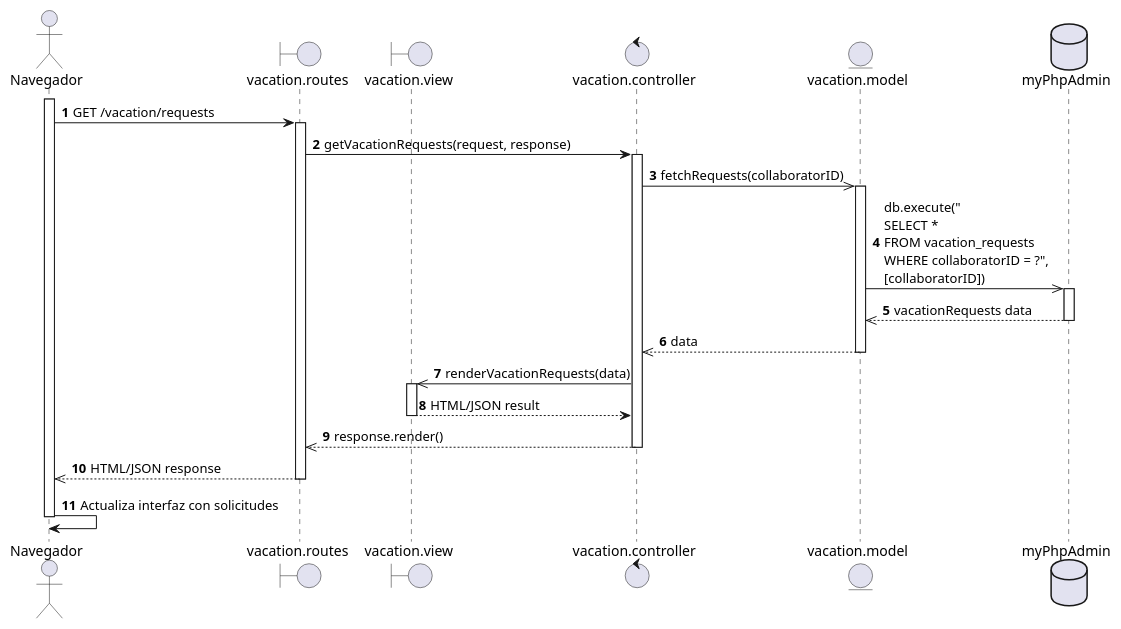
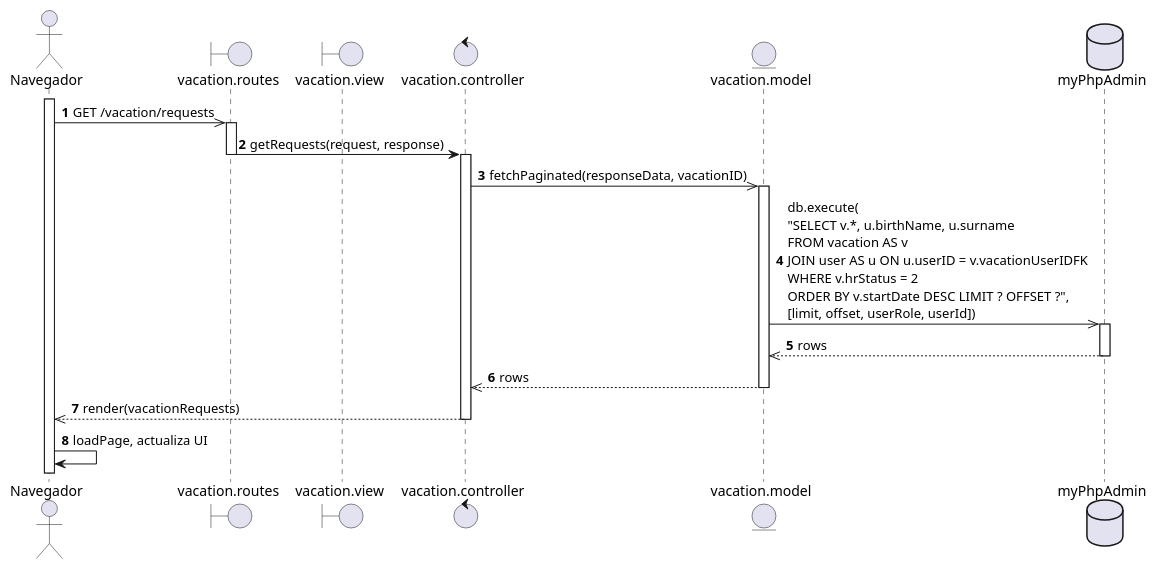
The diagram in diagrams/Casos de Uso/Mauricio/diagrama de secuencia/CU023.puml (EdCanCe/WorkCells), drawn with PlantUML before and after one commit. The commit also changed 4 other files, not shown here.

Commit message:
Updating all diagramas de seucincia

```diff
--- a/diagrams/Casos de Uso/Mauricio/diagrama de secuencia/CU023.puml
+++ b/diagrams/Casos de Uso/Mauricio/diagrama de secuencia/CU023.puml
@@ -1,44 +1,41 @@
 @startuml CU023 - SuperAdmin consulta solicitudes de vacaciones de colaborador - Diagrama de secuencia
 actor Navegador
 boundary "vacation.routes" as Routes
 boundary "vacation.view" as View
 control "vacation.controller" as Controller
 entity "vacation.model" as Model
 database "myPhpAdmin" as DB
 
 autonumber
 
-' El SuperAdmin (HR) inicia la consulta de solicitudes de vacaciones
+' El Navegador envía la petición AJAX para registrar la respuesta a la ausencia
 activate Navegador
-Navegador -> Routes: GET /vacation/requests
+Navegador ->> Routes: GET /vacation/requests
 
 activate Routes
-Routes -> Controller: getVacationRequests(request, response)
+Routes -> Controller: getRequests(request, response)
+deactivate Routes
 activate Controller
 
-' El controlador consulta el modelo para obtener las solicitudes de vacaciones
-Controller ->> Model: fetchRequests(collaboratorID)
+' El controlador invoca al modelo para actualizar la respuesta de la ausencia
+Controller ->> Model: fetchPaginated(responseData, vacationID)
 activate Model
-Model ->> DB: db.execute("\nSELECT * \nFROM vacation_requests \nWHERE collaboratorID = ?", \n[collaboratorID])
+
+' El modelo ejecuta la consulta en la base de datos
+Model ->> DB: db.execute(\n"SELECT v.*, u.birthName, u.surname\nFROM vacation AS v\nJOIN user AS u ON u.userID = v.vacationUserIDFK\nWHERE v.hrStatus = 2\nORDER BY v.startDate DESC LIMIT ? OFFSET ?",\n[limit, offset, userRole, userId])
 activate DB
-DB -->> Model: vacationRequests data
+DB -->> Model: rows
 deactivate DB
-Model -->> Controller: data
+
+Model -->> Controller: rows
 deactivate Model
 
-' El controlador procesa la respuesta y delega la renderización a la vista
-Controller ->> View: renderVacationRequests(data)
-activate View
-View --> Controller: HTML/JSON result
-deactivate View
-
-Controller -->> Routes: response.render()
+' El controlador procesa el resultado y prepara la respuesta para la vista (AJAX JSON o fragmento HTML)
+Controller -->> Navegador: render(vacationRequests)
 deactivate Controller
 
-Routes -->> Navegador: HTML/JSON response
-deactivate Routes
 
-Navegador -> Navegador: Actualiza interfaz con solicitudes
-deactivate Navegador
+' El Navegador procesa la respuesta y actualiza la interfaz
+Navegador -> Navegador: loadPage, actualiza UI
 
 @enduml
```
